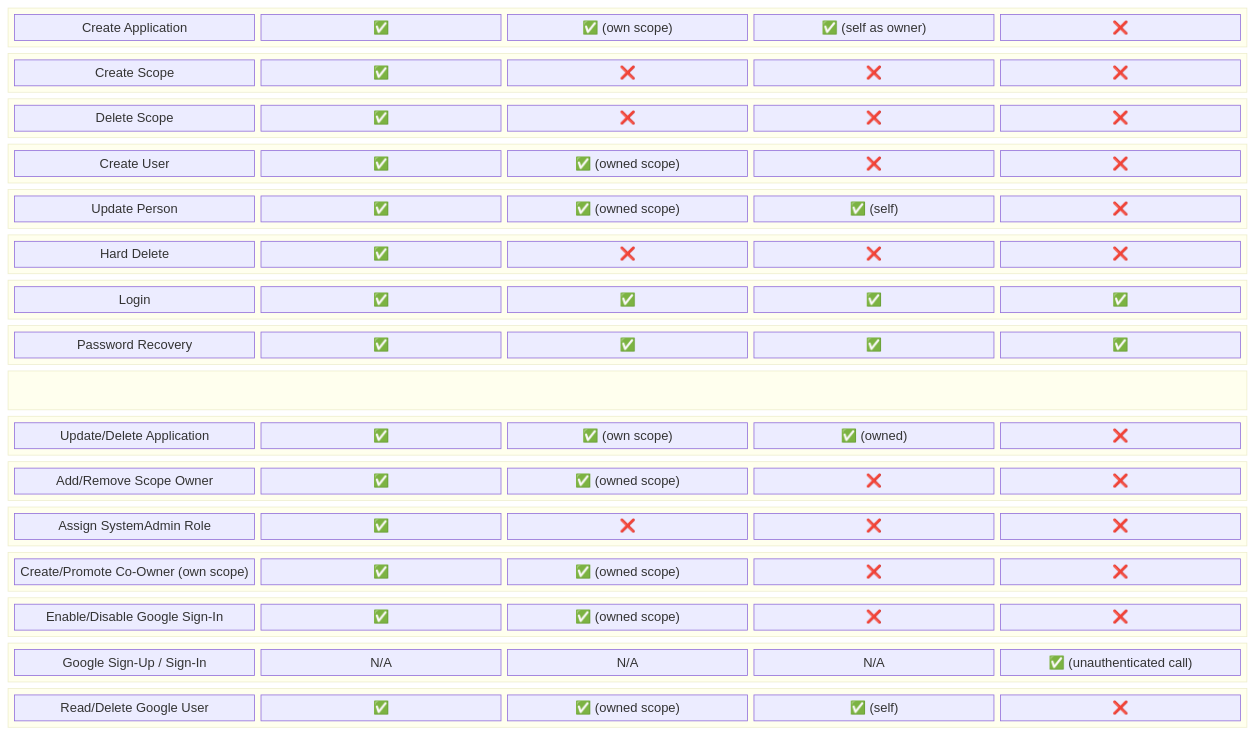
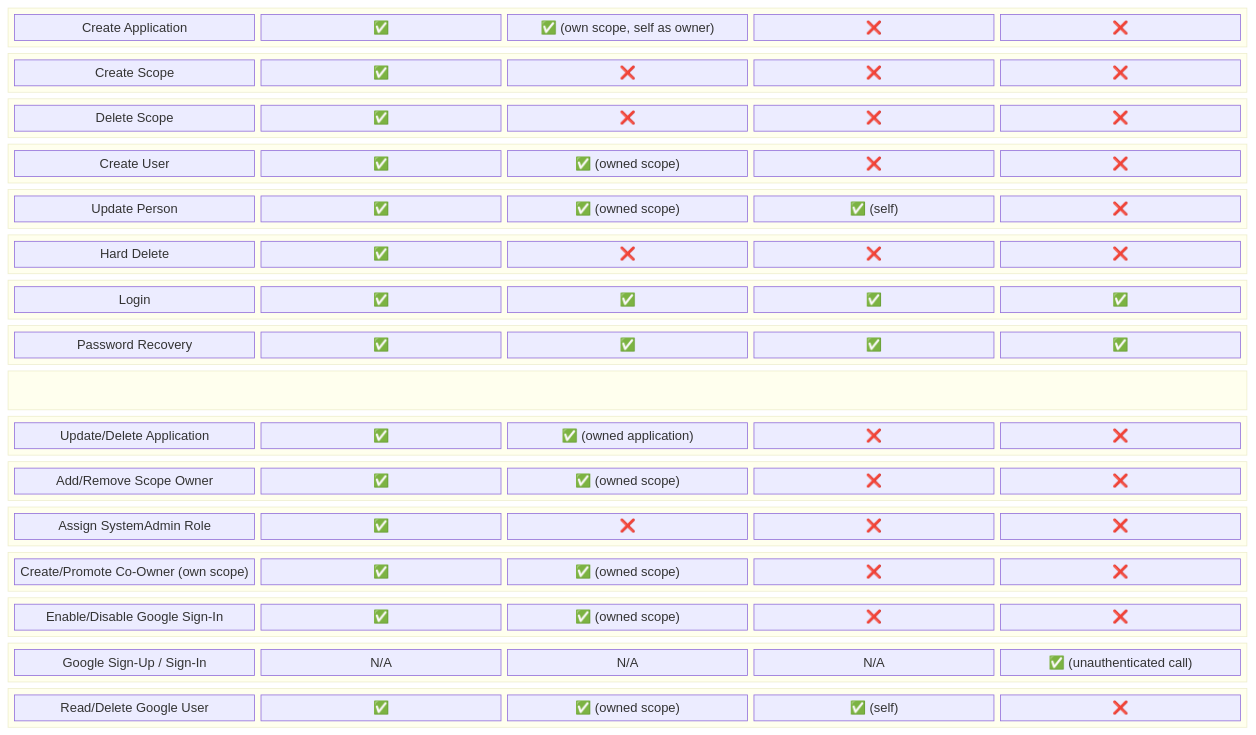
The third of 4 diagrams in docs/requirements/System Requirements Document.md (artur-rios/heimdall-api), drawn with Mermaid before and after one commit. The commit also changed other lines of this file and 22 other files, not shown here.

````diff
--- a/docs/requirements/System Requirements Document.md
+++ b/docs/requirements/System Requirements Document.md
@@ -482,52 +482,52 @@
 ```mermaid
 block-beta
     columns 5
     block:header:5
         H1["Action"] H2["SystemAdmin"] H3["ScopeAdmin"] H4["User"] H5["Anonymous"]
     end
     block:row1:5
         A1["Create Scope"] A2["✅"] A3["❌"] A4["❌"] A5["❌"]
     end
     block:row2:5
         B1["Delete Scope"] B2["✅"] B3["❌"] B4["❌"] B5["❌"]
     end
     block:row3:5
         C1["Create User"] C2["✅"] C3["✅ (owned scope)"] C4["❌"] C5["❌"]
     end
     block:row4:5
         D1["Update Person"] D2["✅"] D3["✅ (owned scope)"] D4["✅ (self)"] D5["❌"]
     end
     block:row5:5
         E1["Hard Delete"] E2["✅"] E3["❌"] E4["❌"] E5["❌"]
     end
     block:row6:5
         F1["Login"] F2["✅"] F3["✅"] F4["✅"] F5["✅"]
     end
     block:row7:5
         G1["Password Recovery"] G2["✅"] G3["✅"] G4["✅"] G5["✅"]
     end
     block:row8:5
-        H1["Create Application"] H2["✅"] H3["✅ (own scope)"] H4["✅ (self as owner)"] H5["❌"]
+        H1["Create Application"] H2["✅"] H3["✅ (own scope, self as owner)"] H4["❌"] H5["❌"]
     end
     block:row9:5
-        I1["Update/Delete Application"] I2["✅"] I3["✅ (own scope)"] I4["✅ (owned)"] I5["❌"]
+        I1["Update/Delete Application"] I2["✅"] I3["✅ (owned application)"] I4["❌"] I5["❌"]
     end
     block:row10:5
         J1["Add/Remove Scope Owner"] J2["✅"] J3["✅ (owned scope)"] J4["❌"] J5["❌"]
     end
     block:row11:5
         K1["Assign SystemAdmin Role"] K2["✅"] K3["❌"] K4["❌"] K5["❌"]
     end
     block:row12:5
         L1["Create/Promote Co-Owner (own scope)"] L2["✅"] L3["✅ (owned scope)"] L4["❌"] L5["❌"]
     end
     block:row13:5
         M1["Enable/Disable Google Sign-In"] M2["✅"] M3["✅ (owned scope)"] M4["❌"] M5["❌"]
     end
     block:row14:5
         N1["Google Sign-Up / Sign-In"] N2["N/A"] N3["N/A"] N4["N/A"] N5["✅ (unauthenticated call)"]
     end
     block:row15:5
         O1["Read/Delete Google User"] O2["✅"] O3["✅ (owned scope)"] O4["✅ (self)"] O5["❌"]
     end
 ```
````
